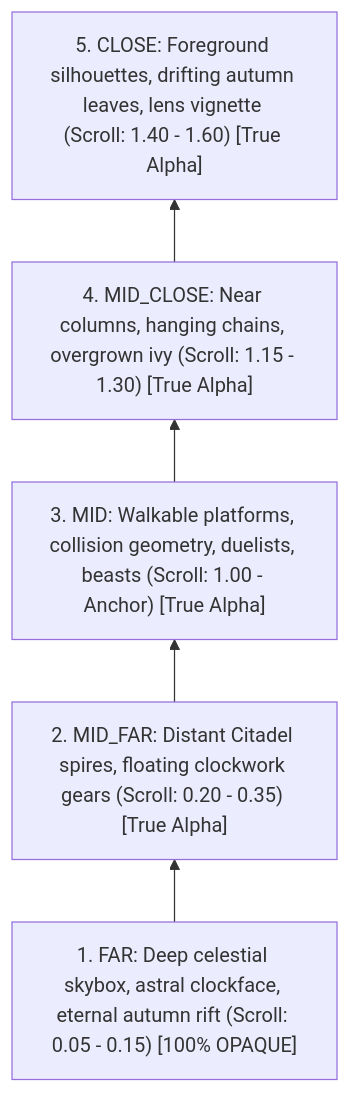
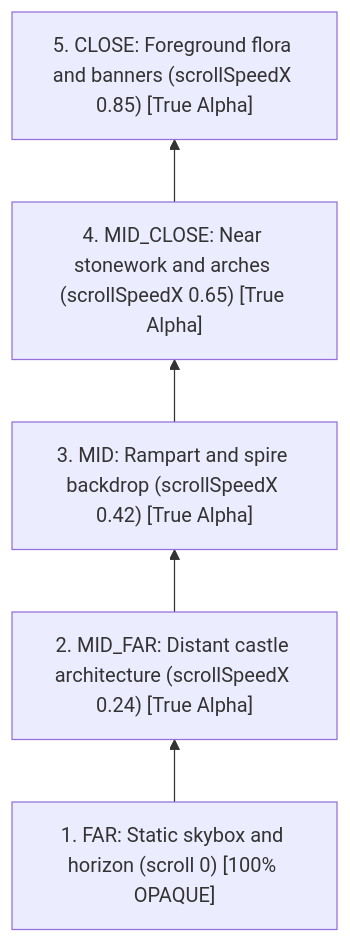
Before and after one commit to beoArcha/oXyFlow.VibrantCastle: the first of 2 diagrams in docs/manifesto/PARALLAX_AND_RENDERING.md, drawn with Mermaid. The commit also changed other lines of this file and 8 other files, not shown here.

````diff
--- a/docs/manifesto/PARALLAX_AND_RENDERING.md
+++ b/docs/manifesto/PARALLAX_AND_RENDERING.md
@@ -23,13 +23,13 @@
 ```mermaid
 graph BT
-    CLOSE["5. CLOSE: Foreground silhouettes, drifting autumn leaves, lens vignette (Scroll: 1.40 - 1.60) [True Alpha]"]
-    MID_CLOSE["4. MID_CLOSE: Near columns, hanging chains, overgrown ivy (Scroll: 1.15 - 1.30) [True Alpha]"]
-    MID["3. MID: Walkable platforms, collision geometry, duelists, beasts (Scroll: 1.00 - Anchor) [True Alpha]"]
-    MID_FAR["2. MID_FAR: Distant Citadel spires, floating clockwork gears (Scroll: 0.20 - 0.35) [True Alpha]"]
-    FAR["1. FAR: Deep celestial skybox, astral clockface, eternal autumn rift (Scroll: 0.05 - 0.15) [100% OPAQUE]"]
+    CLOSE["5. CLOSE: Foreground flora and banners (scrollSpeedX 0.85) [True Alpha]"]
+    MID_CLOSE["4. MID_CLOSE: Near stonework and arches (scrollSpeedX 0.65) [True Alpha]"]
+    MID["3. MID: Rampart and spire backdrop (scrollSpeedX 0.42) [True Alpha]"]
+    MID_FAR["2. MID_FAR: Distant castle architecture (scrollSpeedX 0.24) [True Alpha]"]
+    FAR["1. FAR: Static skybox and horizon (scroll 0) [100% OPAQUE]"]
 
     FAR --> MID_FAR
     MID_FAR --> MID
     MID --> MID_CLOSE
     MID_CLOSE --> CLOSE
 ```
````
